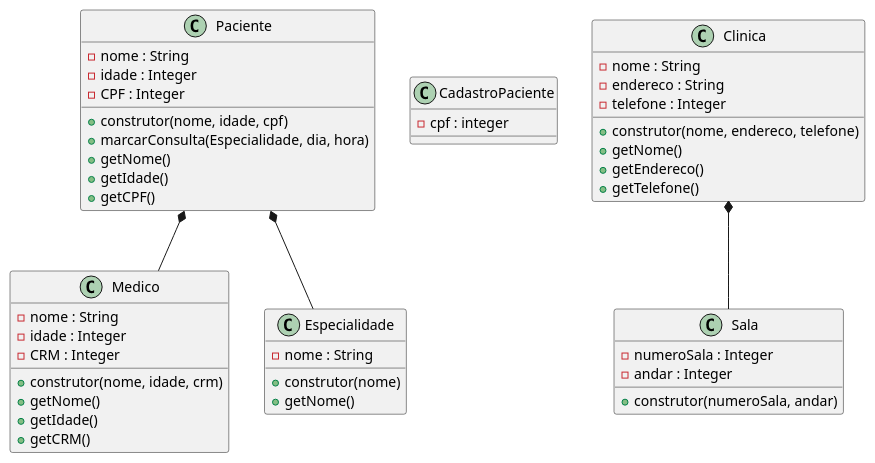
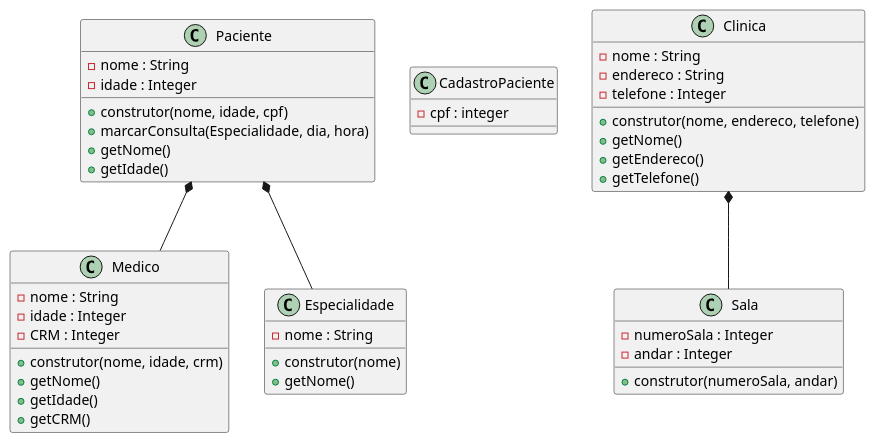
One commit to anleaes/2022-1-N2-POO-03 changed the diagram in diagrama.plantuml. Above: the diagram before and after it, drawn with PlantUML.

Commit message:
retirado cpf de paciente

```diff
--- a/diagrama.plantuml
+++ b/diagrama.plantuml
@@ -1,55 +1,53 @@
 @startuml Gerenciamento de Exames Medicos
 
     class Paciente{
         - nome : String
         - idade : Integer
-        - CPF : Integer
         + construtor(nome, idade, cpf)
         + marcarConsulta(Especialidade, dia, hora)
         + getNome()
         + getIdade()
-        + getCPF()
     }
 
     class CadastroPaciente{
         - cpf : integer
     }
 
     class Medico{
         - nome : String
         - idade : Integer
         - CRM : Integer
         + construtor(nome, idade, crm)
         + getNome()
         + getIdade()
         + getCRM()
     }
 
     class Especialidade{
         - nome : String
         + construtor(nome)
         + getNome()
     }
 
     class Clinica{
         - nome : String
         - endereco : String
         - telefone : Integer
         + construtor(nome, endereco, telefone)
         + getNome()
         + getEndereco()
         + getTelefone()
     }
 
     class Sala{
         - numeroSala : Integer
         - andar : Integer
         + construtor(numeroSala, andar)
     }
 
     Paciente *-- Medico
     Paciente *-- Especialidade
 
     Clinica *-- Sala
 
 @enduml
```
